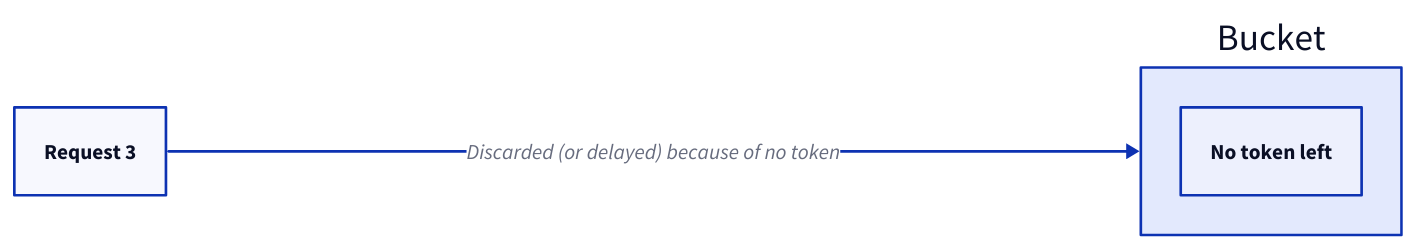
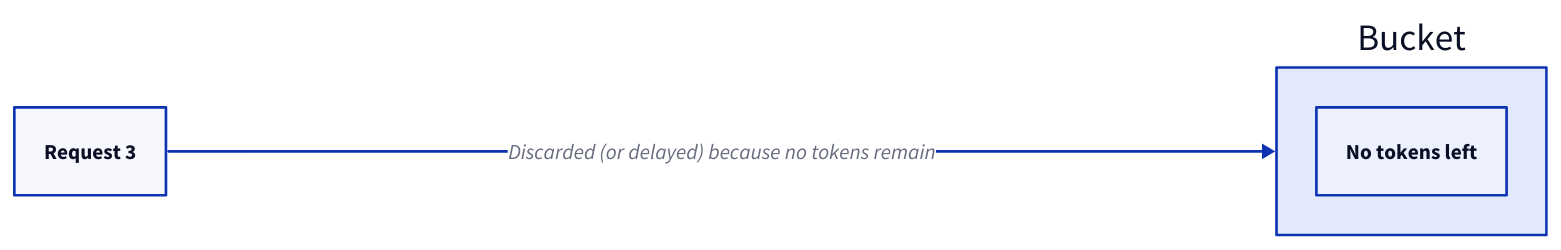
One commit to link1905/system-design-101 changed the fourth of 7 diagrams in content/system-administration/system-protection/rate-limiting.md. Above: the diagram before and after it, drawn with D2. The commit also changed other lines of this file and 42 other files, not shown here.

````diff
--- a/content/system-administration/system-protection/rate-limiting.md
+++ b/content/system-administration/system-protection/rate-limiting.md
@@ -142,10 +142,10 @@
 ```d2
 direction: right
 b: Bucket {
-  "No token left"
+  "No tokens left"
 }
 r3: Request 3 {
   class: request
 }
-r3 -> b: Discarded (or delayed) because of no token
+r3 -> b: Discarded (or delayed) because no tokens remain
 ```
````
